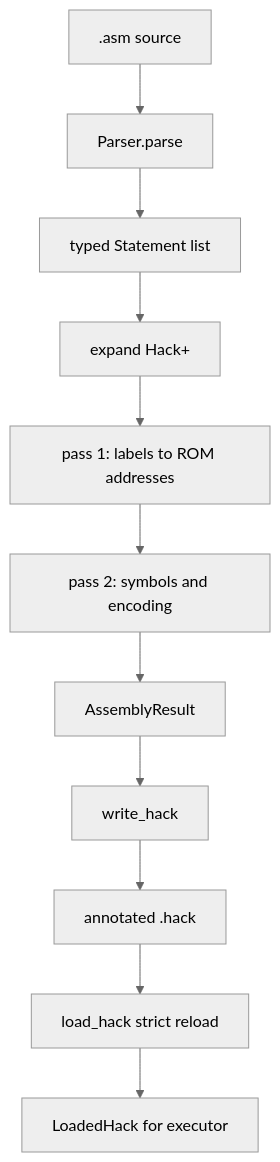
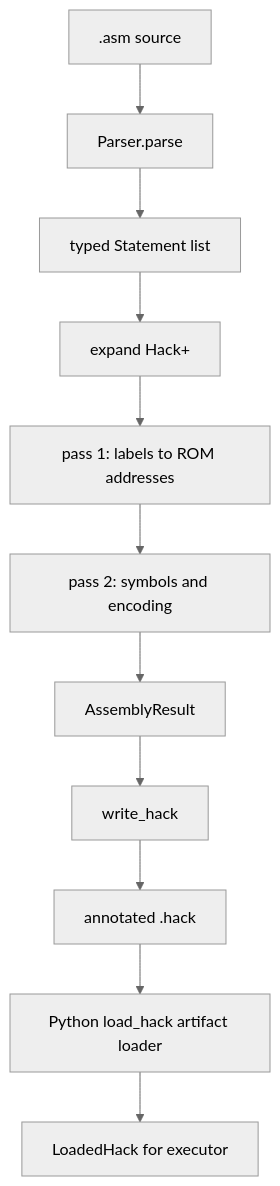
One commit to VIDLG/verylogic-workspace-sail changed the diagram in site/docs/en/hack/assembler.mdx. Above: the diagram before and after it, drawn with Mermaid (neutral theme). The commit also changed other lines of this file and 19 other files, not shown here.

Commit message:
docs: align Hack site with artifact workflow

````diff
--- a/site/docs/en/hack/assembler.mdx
+++ b/site/docs/en/hack/assembler.mdx
@@ -29,13 +28,13 @@
 ```mermaid
 flowchart TD
     Source[.asm source] --> Parse[Parser.parse]
     Parse --> Statements[typed Statement list]
     Statements --> Lower[expand Hack+]
     Lower --> Pass1[pass 1: labels to ROM addresses]
     Pass1 --> Pass2[pass 2: symbols and encoding]
     Pass2 --> Result[AssemblyResult]
     Result --> Writer[write_hack]
     Writer --> Artifact[annotated .hack]
-    Artifact --> Loader[load_hack strict reload]
+    Artifact --> Loader[Python load_hack artifact loader]
     Loader --> Program[LoadedHack for executor]
 ```
````
